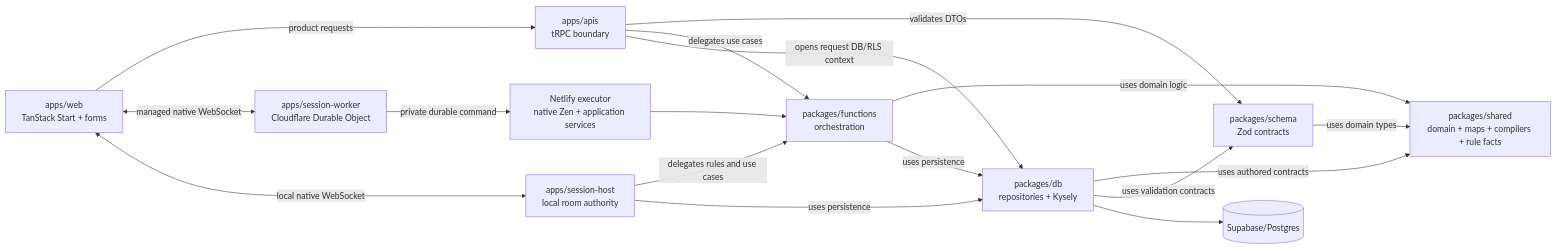
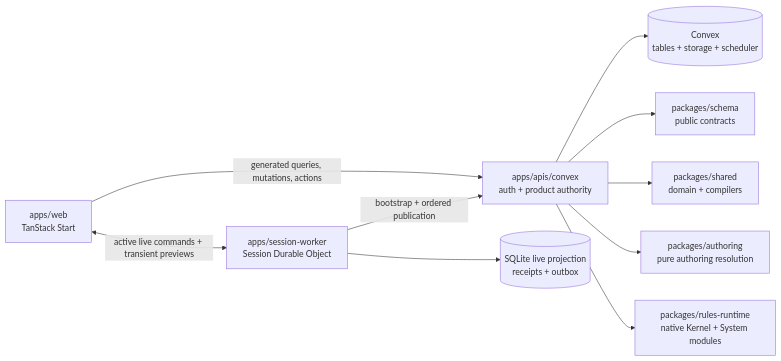
One commit to MPiland/artificer-toolkit changed the diagram in docs/architecture/overview.md. Above: the diagram before and after it, drawn with Mermaid. The commit also changed other lines of this file and 4729 other files, not shown here.

````diff
--- a/docs/architecture/overview.md
+++ b/docs/architecture/overview.md
@@ -16,19 +15,12 @@
 ```mermaid
 flowchart LR
-  Web["apps/web<br/>TanStack Start + forms"] -->|product requests| API["apps/apis<br/>tRPC boundary"]
-  API -->|validates DTOs| Schema["packages/schema<br/>Zod contracts"]
-  API -->|delegates use cases| Functions["packages/functions<br/>orchestration"]
-  API -->|opens request DB/RLS context| DB["packages/db<br/>repositories + Kysely"]
-  Web <-->|managed native WebSocket| SessionWorker["apps/session-worker<br/>Cloudflare Durable Object"]
-  SessionWorker -->|private durable command| NetlifyExecutor["Netlify executor<br/>native Zen + application services"]
-  NetlifyExecutor --> Functions
-  Web <-->|local native WebSocket| SessionHost["apps/session-host<br/>local room authority"]
-  SessionHost -->|delegates rules and use cases| Functions
-  SessionHost -->|uses persistence| DB
-  Functions -->|uses domain logic| Shared["packages/shared<br/>domain + maps + compilers + rule facts"]
-  Functions -->|uses persistence| DB
-  DB -->|uses authored contracts| Shared
-  DB -->|uses validation contracts| Schema
-  Schema -->|uses domain types| Shared
-  DB --> Supabase[(Supabase/Postgres)]
+  Web["apps/web<br/>TanStack Start"] -->|generated queries, mutations, actions| ConvexApi["apps/apis/convex<br/>auth + product authority"]
+  ConvexApi --> Convex[("Convex<br/>tables + storage + scheduler")]
+  Web <-->|active live commands + transient previews| Worker["apps/session-worker<br/>Session Durable Object"]
+  Worker -->|bootstrap + ordered publication| ConvexApi
+  Worker --> LiveSqlite[("SQLite live projection<br/>receipts + outbox")]
+  ConvexApi --> Schema["packages/schema<br/>public contracts"]
+  ConvexApi --> Shared["packages/shared<br/>domain + compilers"]
+  ConvexApi --> Authoring["packages/authoring<br/>pure authoring resolution"]
+  ConvexApi --> Rules["packages/rules-runtime<br/>native Kernel + System modules"]
 ```
````
